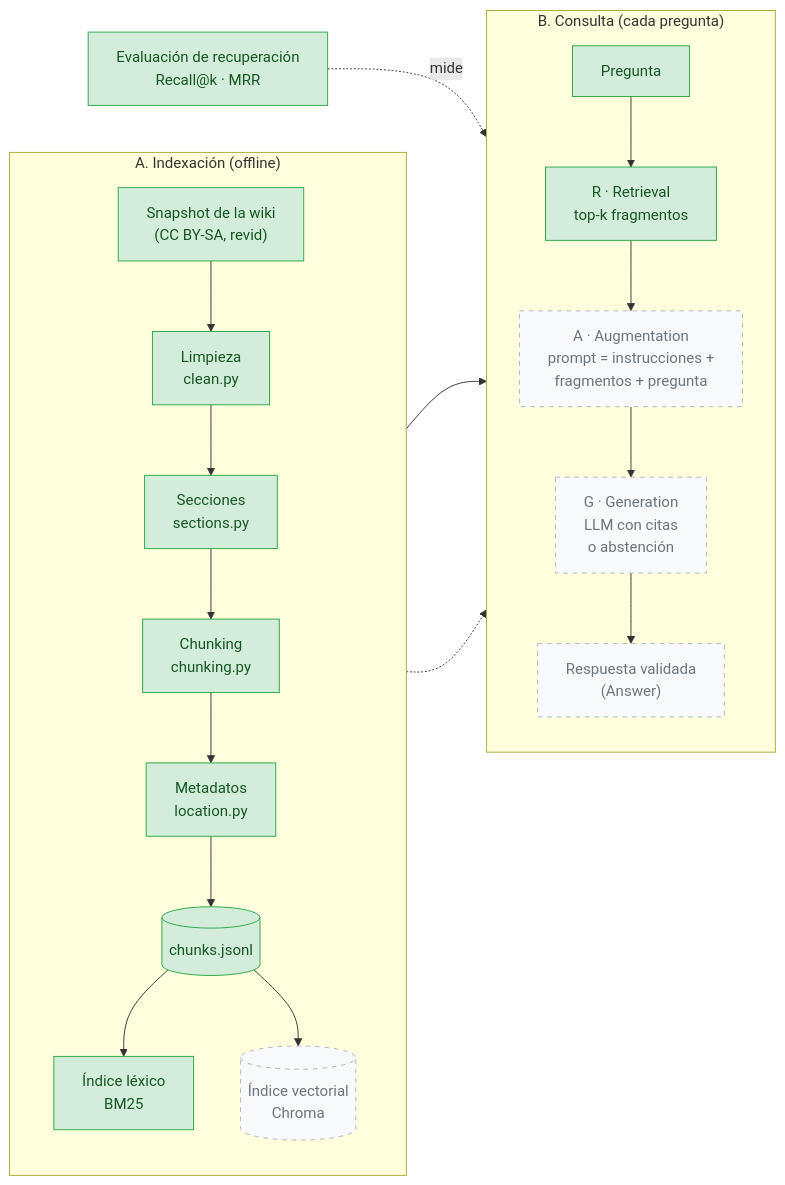
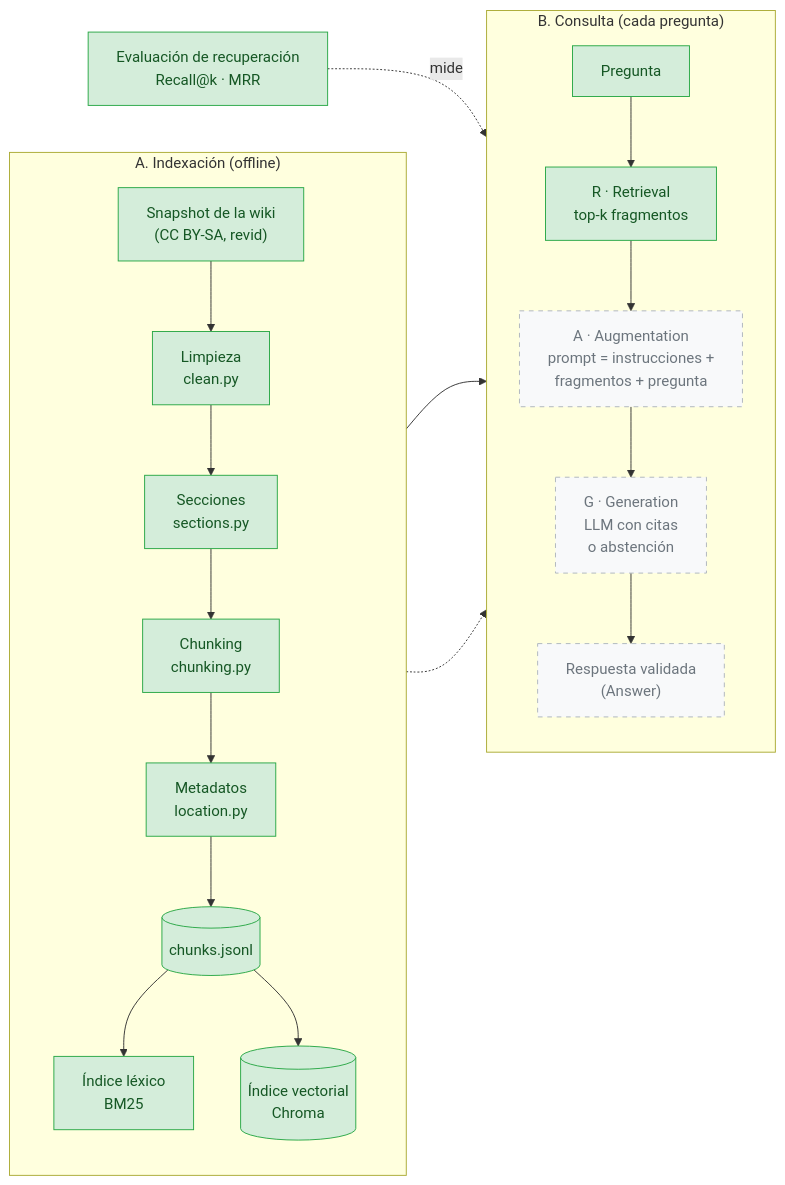
The diagram in docs/architecture/overview.md (SergioAle210/NLP-SemanticLit), drawn with Mermaid before and after one commit. The commit also changed other lines of this file and 18 other files, not shown here.

````diff
--- a/docs/architecture/overview.md
+++ b/docs/architecture/overview.md
@@ -43,30 +44,30 @@
 ```mermaid
 flowchart LR
     subgraph IDX["A. Indexación (offline)"]
         direction TB
         S["Snapshot de la wiki<br/>(CC BY-SA, revid)"] --> CL["Limpieza<br/>clean.py"]
         CL --> SE["Secciones<br/>sections.py"]
         SE --> CH["Chunking<br/>chunking.py"]
         CH --> MD["Metadatos<br/>location.py"]
         MD --> J[("chunks.jsonl")]
         J --> IL["Índice léxico<br/>BM25"]
         J --> IV[("Índice vectorial<br/>Chroma")]
     end
 
     subgraph QRY["B. Consulta (cada pregunta)"]
         direction TB
         Q["Pregunta"] --> R["R · Retrieval<br/>top-k fragmentos"]
         R --> A["A · Augmentation<br/>prompt = instrucciones +<br/>fragmentos + pregunta"]
         A --> G["G · Generation<br/>LLM con citas<br/>o abstención"]
         G --> ANS["Respuesta validada<br/>(Answer)"]
     end
 
     IL --> R
     IV -.-> R
     EV["Evaluación de recuperación<br/>Recall@k · MRR"] -.->|mide| R
 
     classDef done fill:#d4edda,stroke:#28a745,color:#155724
     classDef pending fill:#f8f9fa,stroke:#adb5bd,color:#6c757d,stroke-dasharray: 5 5
-    class S,CL,SE,CH,MD,J,IL,Q,R,EV done
-    class IV,A,G,ANS pending
+    class S,CL,SE,CH,MD,J,IL,IV,Q,R,EV done
+    class A,G,ANS pending
 ```
````
